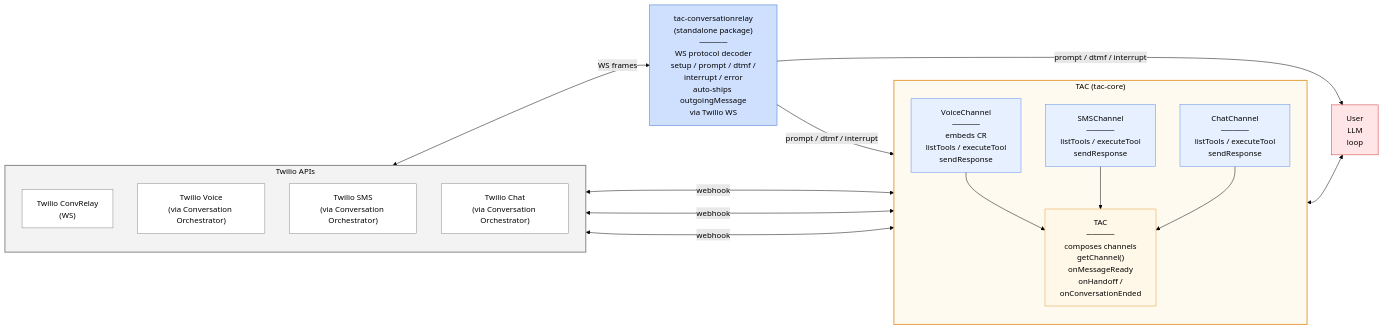
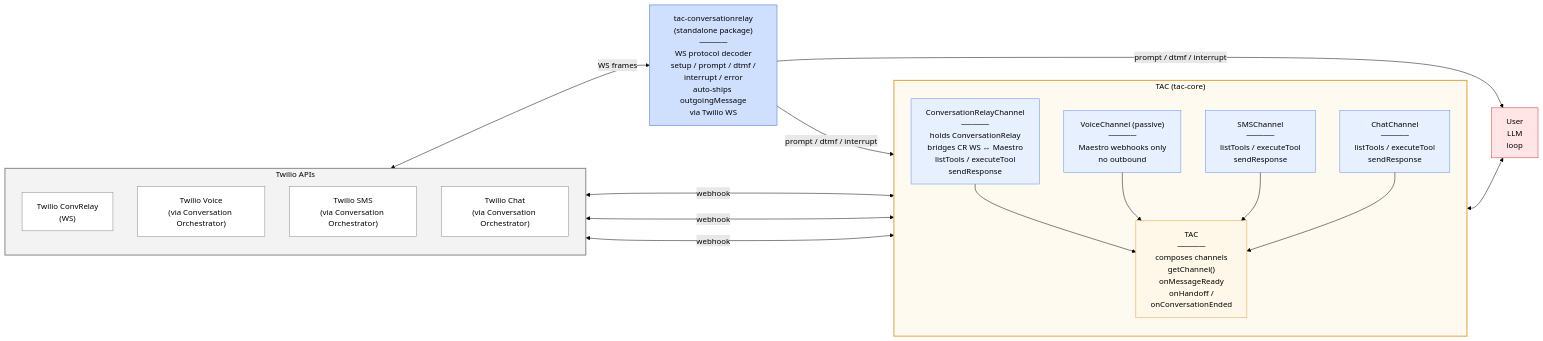
The diagram in README.md (deshartman/twilio-agent-connect-typescript), drawn with Mermaid (forest theme) before and after one commit. The commit also changed other lines of this file and 46 other files, not shown here.

````diff
--- a/README.md
+++ b/README.md
@@ -90,41 +93,43 @@
 ```mermaid
 graph LR
     subgraph Twilio["Twilio APIs"]
         direction TB
         TW["Twilio ConvRelay<br/>(WS)"]:::twilio
         TV["Twilio Voice<br/>(via Conversation Orchestrator)"]:::twilio
         TS["Twilio SMS<br/>(via Conversation Orchestrator)"]:::twilio
         TC["Twilio Chat<br/>(via Conversation Orchestrator)"]:::twilio
     end
 
     CR["tac-conversationrelay<br/>(standalone package)<br/>─────<br/>WS protocol decoder<br/>setup / prompt / dtmf /<br/>interrupt / error<br/>auto-ships outgoingMessage<br/>via Twilio WS"]:::cr
 
     subgraph TAC["TAC (tac-core)"]
         direction TB
-        VC["VoiceChannel<br/>─────<br/>embeds CR<br/>listTools / executeTool<br/>sendResponse"]:::ch
+        CRC["ConversationRelayChannel<br/>─────<br/>holds ConversationRelay<br/>bridges CR WS ↔ Maestro<br/>listTools / executeTool<br/>sendResponse"]:::ch
+        VC["VoiceChannel (passive)<br/>─────<br/>Maestro webhooks only<br/>no outbound"]:::ch
         SC["SMSChannel<br/>─────<br/>listTools / executeTool<br/>sendResponse"]:::ch
         CC["ChatChannel<br/>─────<br/>listTools / executeTool<br/>sendResponse"]:::ch
         Core["TAC<br/>─────<br/>composes channels<br/>getChannel()<br/>onMessageReady<br/>onHandoff /<br/>onConversationEnded"]:::tac
     end
 
     User["User<br/>LLM<br/>loop"]:::you
 
     TW <-->|WS frames| CR
-    CR -->|prompt / dtmf / interrupt| VC
+    CR -->|prompt / dtmf / interrupt| CRC
     CR -->|prompt / dtmf / interrupt| User
     TV <-->|webhook| VC
     TS <-->|webhook| SC
     TC <-->|webhook| CC
+    CRC --> Core
     VC --> Core
     SC --> Core
     CC --> Core
     Core <--> User
 
     classDef cr fill:#cfe0ff,stroke:#3a6dcc,color:#000
     classDef ch fill:#e7f0ff,stroke:#5b8def,color:#000
     classDef tac fill:#fff7e7,stroke:#e2a03f,color:#000
     classDef you fill:#ffe5e5,stroke:#cc3333,color:#000
     classDef twilio fill:#ffffff,stroke:#888,color:#000
     style TAC fill:#fffaf0,stroke:#e2a03f,stroke-width:2px,color:#000
     style Twilio fill:#f3f3f3,stroke:#888,stroke-width:2px,color:#000
 ```
````
